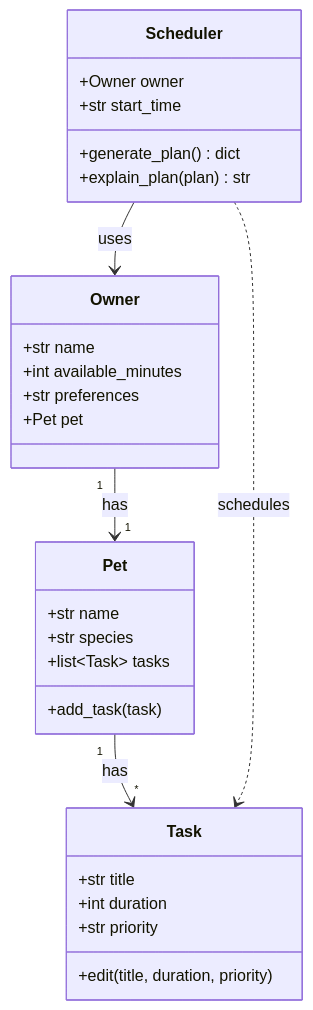
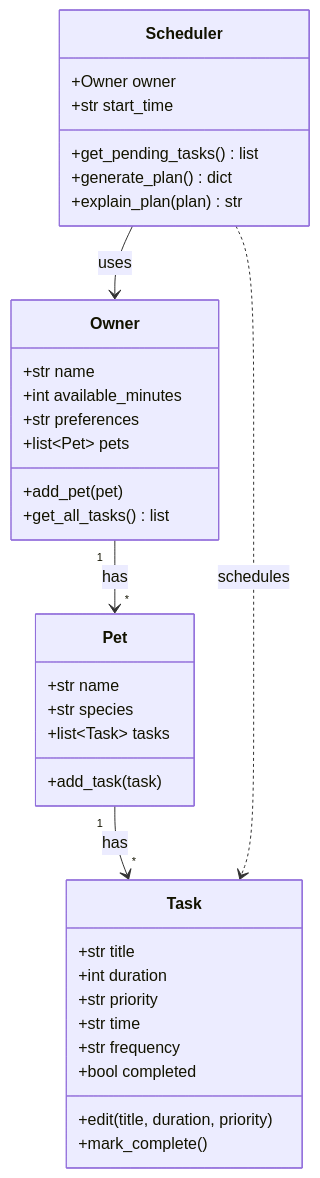
The diagram in diagrams/uml.mmd (AnishBashyal/ai110-module2show-pawpal-starter), drawn with Mermaid before and after one commit. The commit also changed 5 other files, not shown here.

First line of the commit message:
Add PawPal+ core logic, UML, tests, and design reflection

```diff
--- a/diagrams/uml.mmd
+++ b/diagrams/uml.mmd
@@ -1,33 +1,40 @@
 classDiagram
     class Owner {
         +str name
         +int available_minutes
         +str preferences
-        +Pet pet
+        +list~Pet~ pets
+        +add_pet(pet)
+        +get_all_tasks() list
     }
 
     class Pet {
         +str name
         +str species
         +list~Task~ tasks
         +add_task(task)
     }
 
     class Task {
         +str title
         +int duration
         +str priority
+        +str time
+        +str frequency
+        +bool completed
         +edit(title, duration, priority)
+        +mark_complete()
     }
 
     class Scheduler {
         +Owner owner
         +str start_time
+        +get_pending_tasks() list
         +generate_plan() dict
         +explain_plan(plan) str
     }
 
-    Owner "1" --> "1" Pet : has
+    Owner "1" --> "*" Pet : has
     Pet "1" --> "*" Task : has
     Scheduler --> Owner : uses
     Scheduler ..> Task : schedules
```
